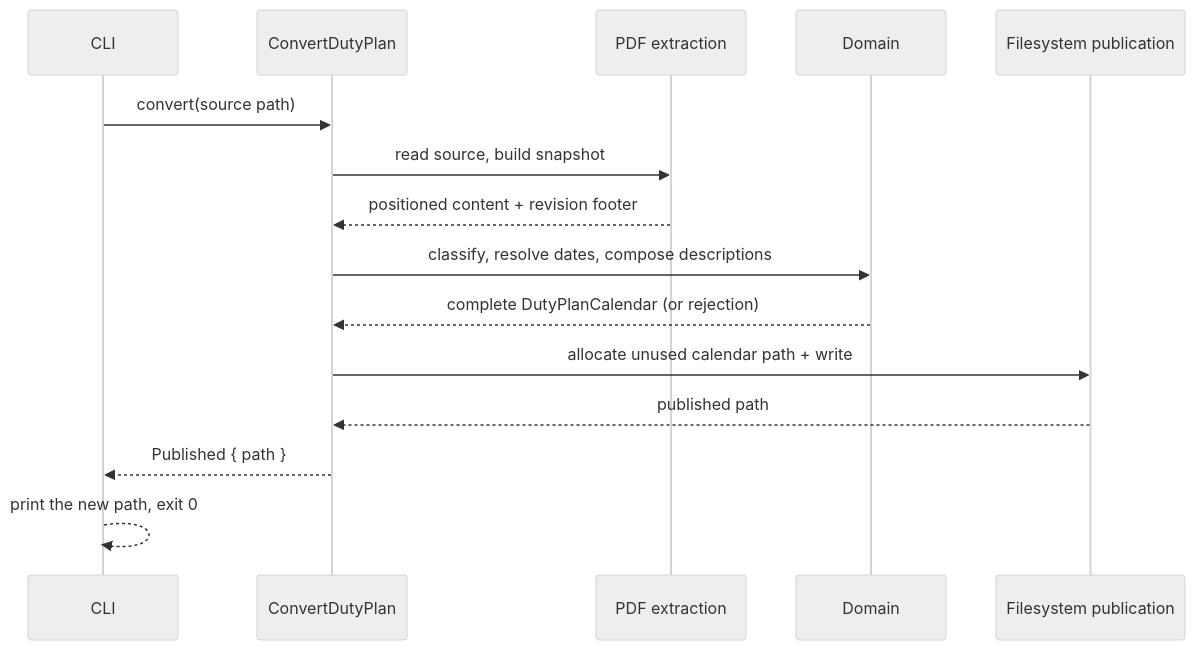
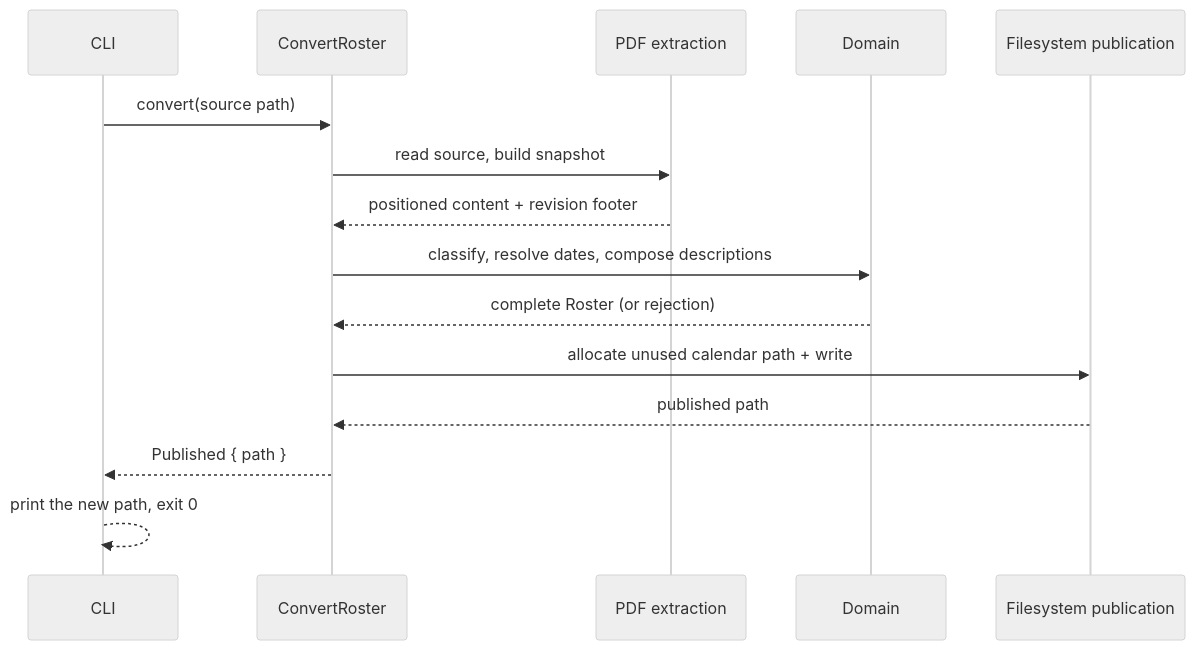
One commit to duty2cal/duty2cal changed the first of 3 diagrams in docs/arc42/06-runtime-view.md. Above: the diagram before and after it, drawn with Mermaid (neutral theme). The commit also changed other lines of this file and 49 other files, not shown here.

First line of the commit message:
chore(export-released-roster-calendar): reconcile the operator brief and harden the plan

````diff
--- a/docs/arc42/06-runtime-view.md
+++ b/docs/arc42/06-runtime-view.md
@@ -7,17 +7,17 @@
 ```mermaid
 sequenceDiagram
   participant CLI
-  participant App as ConvertDutyPlan
+  participant App as ConvertRoster
   participant PDF as PDF extraction
   participant Dom as Domain
   participant FS as Filesystem publication
   CLI->>App: convert(source path)
   App->>PDF: read source, build snapshot
   PDF-->>App: positioned content + revision footer
   App->>Dom: classify, resolve dates, compose descriptions
-  Dom-->>App: complete DutyPlanCalendar (or rejection)
+  Dom-->>App: complete Roster (or rejection)
   App->>FS: allocate unused calendar path + write
   FS-->>App: published path
   App-->>CLI: Published { path }
   CLI-->>CLI: print the new path, exit 0
 ```
````
